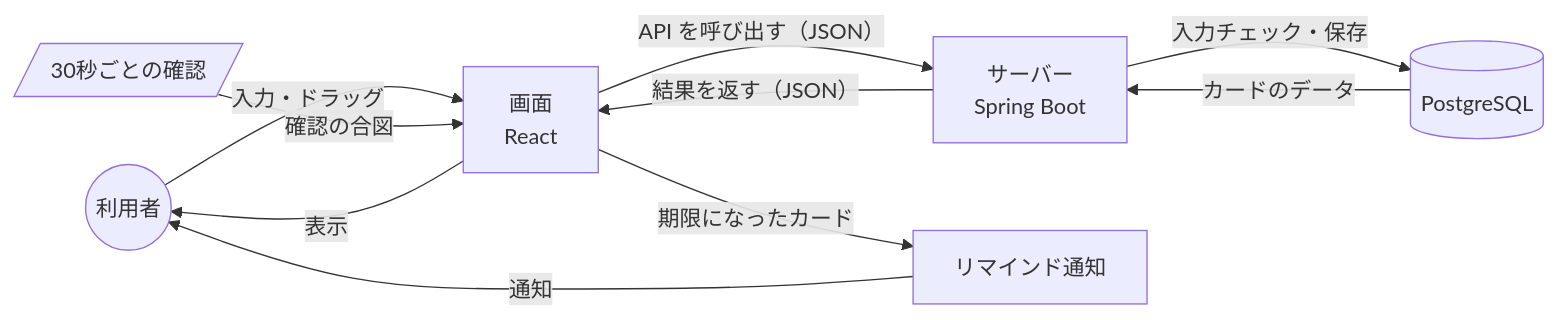
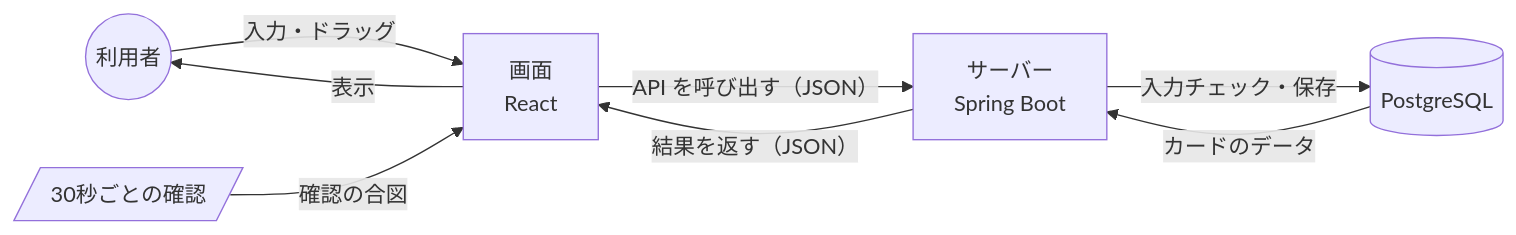
One commit to mk242329/taskmanagement changed the diagram in docs/design/data-flow.md. Above: the diagram before and after it, drawn with Mermaid. The commit also changed other lines of this file and 19 other files, not shown here.

````diff
--- a/docs/design/data-flow.md
+++ b/docs/design/data-flow.md
@@ -10,19 +11,16 @@
 ```mermaid
 flowchart LR
     User((利用者))
     Screen[画面<br>React]
     API[サーバー<br>Spring Boot]
     DB[(PostgreSQL)]
     Timer[/30秒ごとの確認/]
-    Notice[リマインド通知]
 
     User -- 入力・ドラッグ --> Screen
     Screen -- "API を呼び出す（JSON）" --> API
     API -- 入力チェック・保存 --> DB
     DB -- カードのデータ --> API
     API -- "結果を返す（JSON）" --> Screen
     Screen -- 表示 --> User
     Timer -- 確認の合図 --> Screen
-    Screen -- 期限になったカード --> Notice
-    Notice -- 通知 --> User
 ```
````
